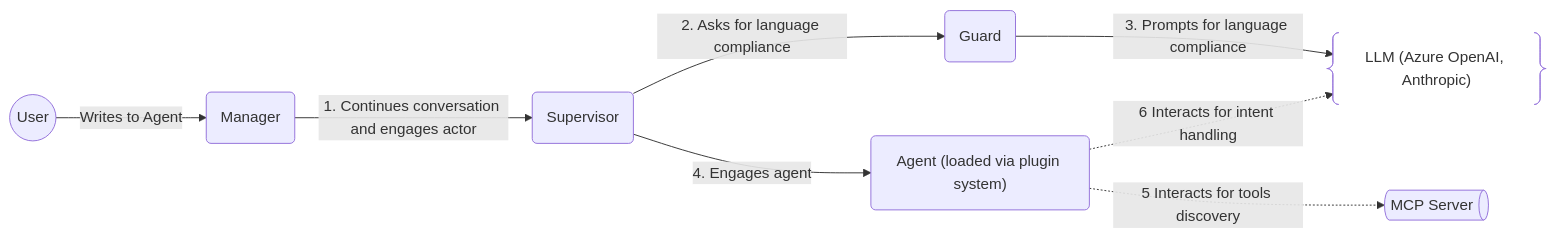
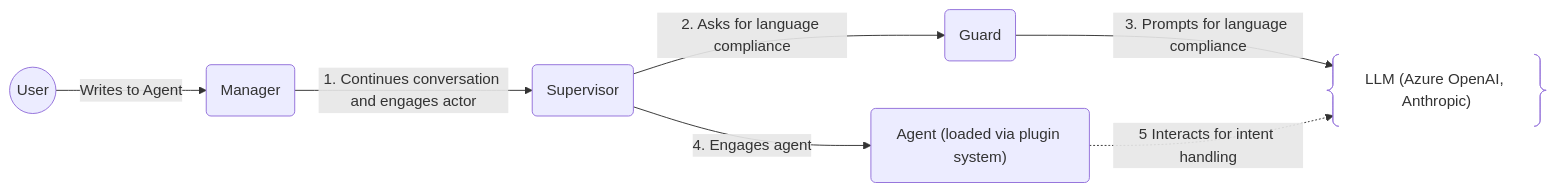
Before and after one commit to mdesalvo/Morgana: the second of 2 diagrams in README.md, drawn with Mermaid.

````diff
--- a/README.md
+++ b/README.md
@@ -66,13 +66,12 @@
 ```mermaid
 graph LR
   U@{shape: circle, label: "User"} -- Writes to Agent --> CM@{shape: rounded, label: "ConversationManager"}
   CM@{shape: rounded, label: "Manager"} -- 1. Continues conversation and engages actor --> SV@{shape: rounded, label: "Supervisor"}
 
   SV@{shape: rounded, label: "Supervisor"} -- 2. Asks for language compliance --> G@{shape: rounded, label: "Guard"}
   SV@{shape: rounded, label: "Supervisor"} -- 4. Engages agent --> MA@{shape: rounded, label: "MorganaAgent (loaded via plugin system)"}
 
   G@{shape: rounded, label: "Guard"} -- 3. Prompts for language compliance --> LLM
 
-  MA@{shape: rounded, label: "Agent (loaded via plugin system)"} -. 5 Interacts for tools discovery .-> MCP@{shape: das, label: "MCP Server"}
-  MA@{shape: rounded, label: "Agent (loaded via plugin system)"} -. 6 Interacts for intent handling .-> LLM@{shape: braces, label: "LLM (Azure OpenAI, Anthropic)"}
+  MA@{shape: rounded, label: "Agent (loaded via plugin system)"} -. 5 Interacts for intent handling .-> LLM@{shape: braces, label: "LLM (Azure OpenAI, Anthropic)"}
 ```
````
